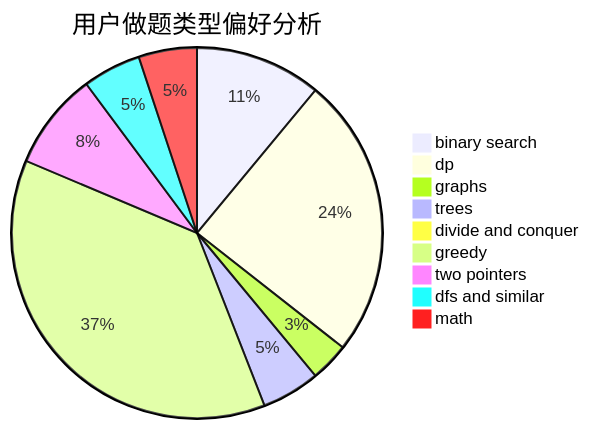
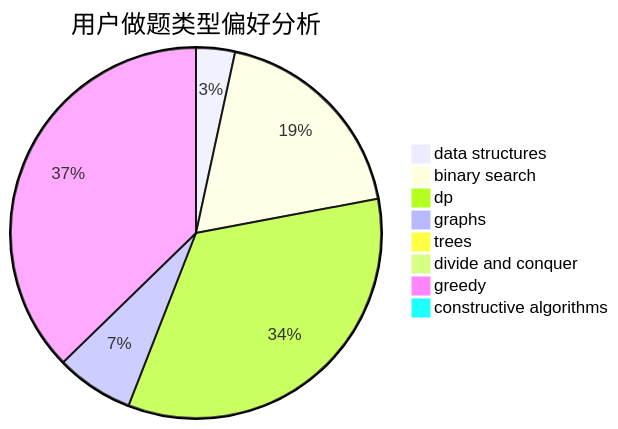
The second of 3 diagrams in docs/user/u1712.md (sherpahu/cfrs.github.io), drawn with Mermaid before and after one commit. The commit also changed other lines of this file and 2775 other files, not shown here.

````diff
--- a/docs/user/u1712.md
+++ b/docs/user/u1712.md
@@ -23,12 +23,11 @@
 ```mermaid
 pie title 用户做题类型偏好分析
-    "binary search" :  13
-    "dp" :  29
+    "data structures" :  2
+    "binary search" :  11
+    "dp" :  20
     "graphs" :  4
-    "trees" :  6
-    "divide and conquer" :  1
-    "greedy" :  44
-    "two pointers" :  10
-    "dfs and similar" :  6
-    "math" :  6
+    "trees" :  0
+    "divide and conquer" :  0
+    "greedy" :  22
+    "constructive algorithms" :  0
 ```
````
